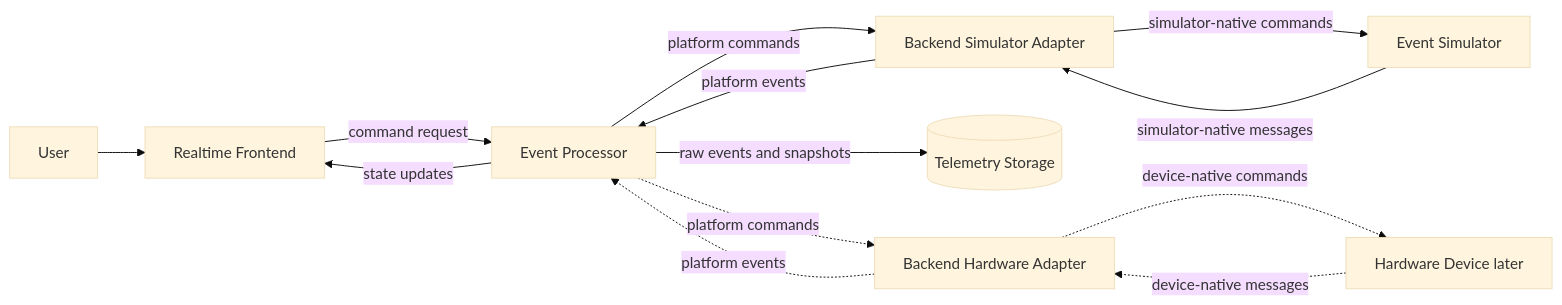
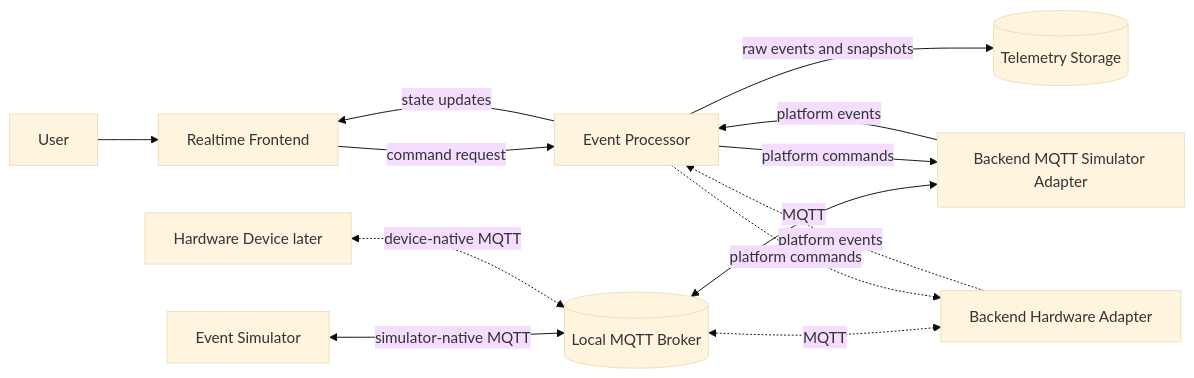
The first of 8 diagrams in docs/architecture/examples.md (SzymonAntczak/smart-room-realtime-control-platform), drawn with Mermaid (base theme) before and after one commit. The commit also changed other lines of this file and 10 other files, not shown here.

Commit message:
Make MQTT the standard simulator runtime

````diff
--- a/docs/architecture/examples.md
+++ b/docs/architecture/examples.md
@@ -10,18 +10,18 @@
 ```mermaid
 flowchart LR
     user[User] --> ui[Realtime Frontend]
     ui -->|command request| backend[Event Processor]
     backend -->|state updates| ui
 
-    simulator[Event Simulator] -->|simulator-native messages| simAdapter[Backend Simulator Adapter]
+    simulator[Event Simulator] <-->|simulator-native MQTT| broker[(Local MQTT Broker)]
+    broker <-->|MQTT| simAdapter[Backend MQTT Simulator Adapter]
     simAdapter -->|platform events| backend
     backend -->|platform commands| simAdapter
-    simAdapter -->|simulator-native commands| simulator
 
     backend -->|raw events and snapshots| storage[(Telemetry Storage)]
 
-    hardware[Hardware Device later] -.->|device-native messages| hwAdapter[Backend Hardware Adapter]
+    hardware[Hardware Device later] <-.->|device-native MQTT| broker
+    broker <-.->|MQTT| hwAdapter[Backend Hardware Adapter]
     hwAdapter -.->|platform events| backend
     backend -.->|platform commands| hwAdapter
-    hwAdapter -.->|device-native commands| hardware
 ```
````
